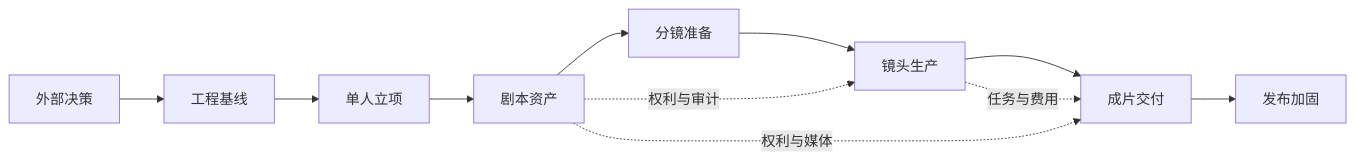
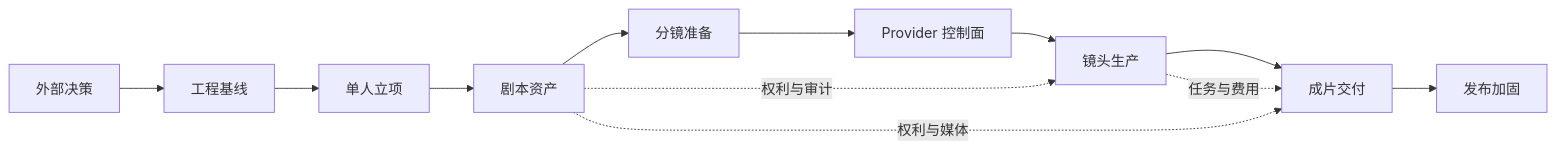
One commit to StephenQiu30/lanverse changed the diagram in docs/prd/003-MVP执行计划与追踪矩阵.md. Above: the diagram before and after it, drawn with Mermaid. The commit also changed other lines of this file and 13 other files, not shown here.

````diff
--- a/docs/prd/003-MVP执行计划与追踪矩阵.md
+++ b/docs/prd/003-MVP执行计划与追踪矩阵.md
@@ -31,13 +31,14 @@
 ```mermaid
 flowchart LR
     D[外部决策] --> S0[工程基线]
     S0 --> S1[单人立项]
     S1 --> S2[剧本资产]
     S2 --> S3[分镜准备]
-    S3 --> S4[镜头生产]
+    S3 --> A[Provider 控制面]
+    A --> S4[镜头生产]
     S4 --> S5[成片交付]
     S5 --> S6[发布加固]
     S2 -.权利与审计.-> S4
     S2 -.权利与媒体.-> S5
     S4 -.任务与费用.-> S5
 ```
````
